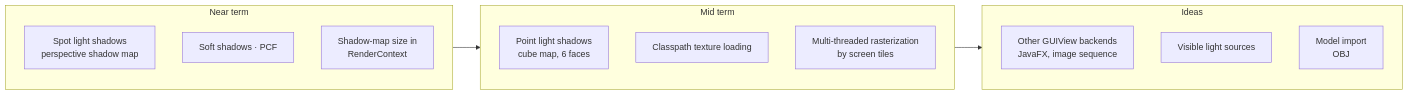
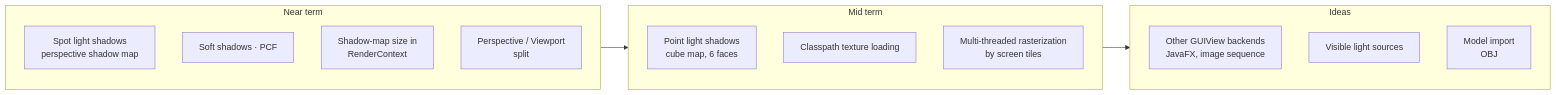
One commit to obarry/Aventura changed diagram 20 of 20 in docs/DESIGN.md. Above: the diagram before and after it, drawn with Mermaid. The commit also changed other lines of this file and 1 other file, not shown here.

First line of the commit message:
Update README and DESIGN for the typed RenderContext/PerspectiveType API

````diff
--- a/docs/DESIGN.md
+++ b/docs/DESIGN.md
@@ -670,19 +679,20 @@
 ```mermaid
 flowchart LR
     subgraph NOW["Near term"]
         n1[Spot light shadows<br/>perspective shadow map]
         n2[Soft shadows · PCF]
         n3[Shadow-map size in<br/>RenderContext]
+        n4[Perspective / Viewport<br/>split]
     end
     subgraph NEXT["Mid term"]
         m1[Point light shadows<br/>cube map, 6 faces]
         m2[Classpath texture loading]
         m3[Multi-threaded rasterization<br/>by screen tiles]
     end
     subgraph LATER["Ideas"]
         l1[Other GUIView backends<br/>JavaFX, image sequence]
         l2[Visible light sources]
         l3[Model import<br/>OBJ]
     end
     NOW --> NEXT --> LATER
 ```
````
